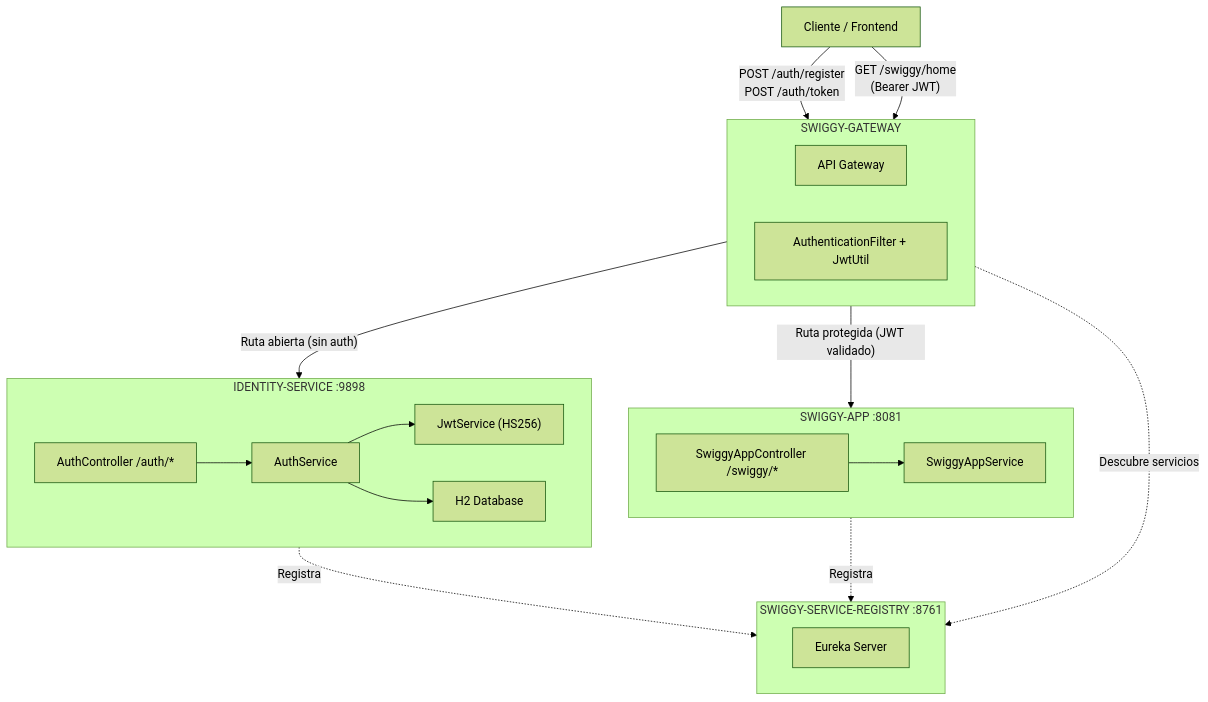
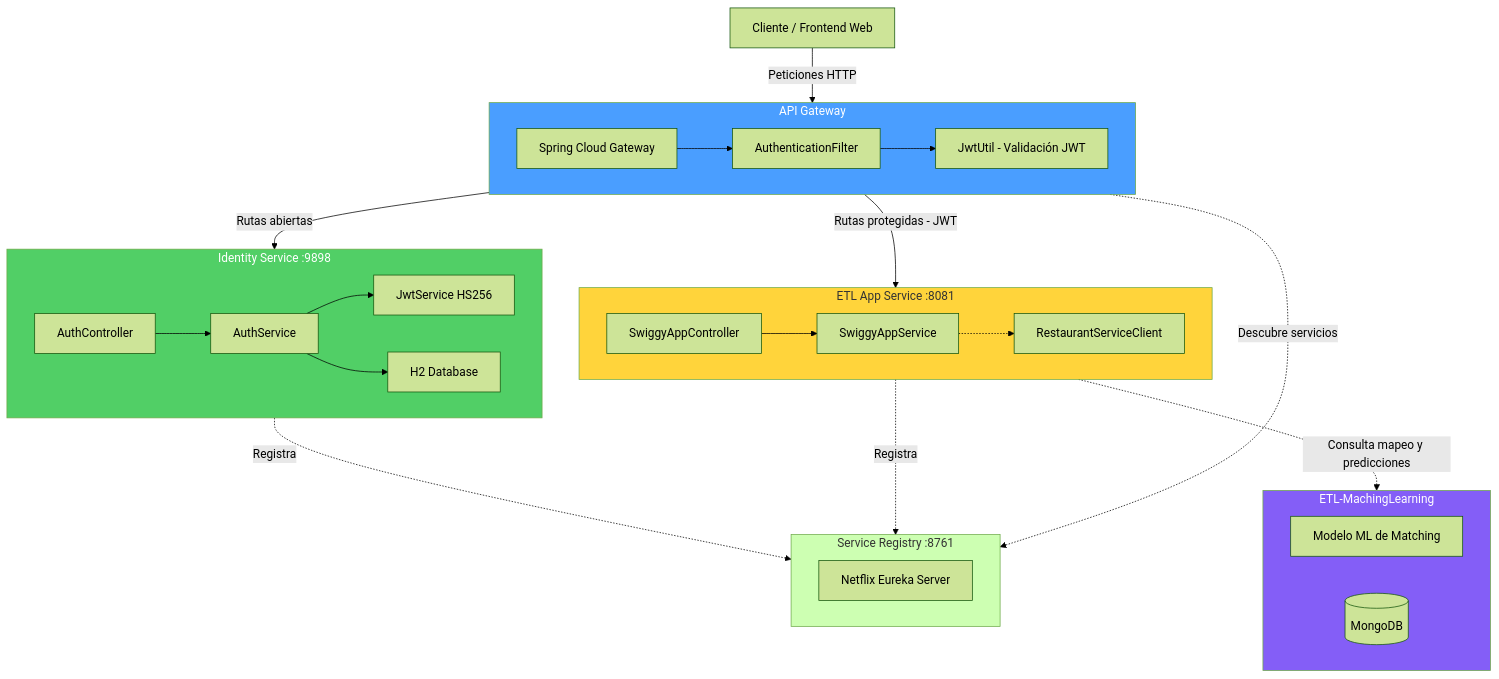
Before and after one commit to ByAncort/ETL-BACKEND: the first of 7 diagrams in README.md, drawn with Mermaid (forest theme). The commit also changed other lines of this file, not shown here.

Commit message:
docs: rewrite README with Mermaid diagrams and ETL context

````diff
--- a/README.md
+++ b/README.md
@@ -3,35 +35,51 @@
 ```mermaid
 graph TB
-    Cliente["Cliente / Frontend"] -->|"POST /auth/register<br/>POST /auth/token"| GW
-    Cliente -->|"GET /swiggy/home<br/>(Bearer JWT)"| GW
+    Cliente["Cliente / Frontend Web"] -->|"Peticiones HTTP"| GW
 
-    subgraph GW["SWIGGY-GATEWAY"]
-        Gateway["API Gateway"]
-        AuthFilter["AuthenticationFilter + JwtUtil"]
+    subgraph GW["API Gateway"]
+        Gateway["Spring Cloud Gateway"]
+        AuthFilter["AuthenticationFilter"]
+        JwtVal["JwtUtil - Validación JWT"]
+        Gateway --> AuthFilter --> JwtVal
     end
 
-    subgraph Eureka["SWIGGY-SERVICE-REGISTRY :8761"]
-        EurekaServer["Eureka Server"]
+    subgraph Eureka["Service Registry :8761"]
+        EurekaServer["Netflix Eureka Server"]
     end
 
-    subgraph Identity["IDENTITY-SERVICE :9898"]
-        AuthCtrl["AuthController /auth/*"]
+    subgraph Identity["Identity Service :9898"]
+        AuthCtrl["AuthController"]
         AuthSvc["AuthService"]
-        JwtSvc["JwtService (HS256)"]
+        JwtSvc["JwtService HS256"]
         H2["H2 Database"]
-        AuthCtrl --> AuthSvc --> JwtSvc
+        AuthCtrl --> AuthSvc
+        AuthSvc --> JwtSvc
         AuthSvc --> H2
     end
 
-    subgraph SwiggyApp["SWIGGY-APP :8081"]
-        AppCtrl["SwiggyAppController /swiggy/*"]
+    subgraph App["ETL App Service :8081"]
+        AppCtrl["SwiggyAppController"]
         AppSvc["SwiggyAppService"]
+        RestClient["RestaurantServiceClient"]
         AppCtrl --> AppSvc
+        AppSvc -.-> RestClient
     end
 
-    GW -->|"Ruta abierta (sin auth)"| Identity
-    GW -->|"Ruta protegida (JWT validado)"| SwiggyApp
+    subgraph ML["ETL-MachingLearning"]
+        MLModel["Modelo ML de Matching"]
+        MongoDB[(MongoDB)]
+    end
+
+    GW -->|"Rutas abiertas"| Identity
+    GW -->|"Rutas protegidas - JWT"| App
+    App -.->|"Consulta mapeo y predicciones"| ML
+
     Identity -.->|"Registra"| Eureka
-    SwiggyApp -.->|"Registra"| Eureka
+    App -.->|"Registra"| Eureka
     GW -.->|"Descubre servicios"| Eureka
+
+    style ML fill:#845ef7,color:#fff
+    style GW fill:#4a9eff,color:#fff
+    style Identity fill:#51cf66,color:#fff
+    style App fill:#ffd43b,color:#333
 ```
````
